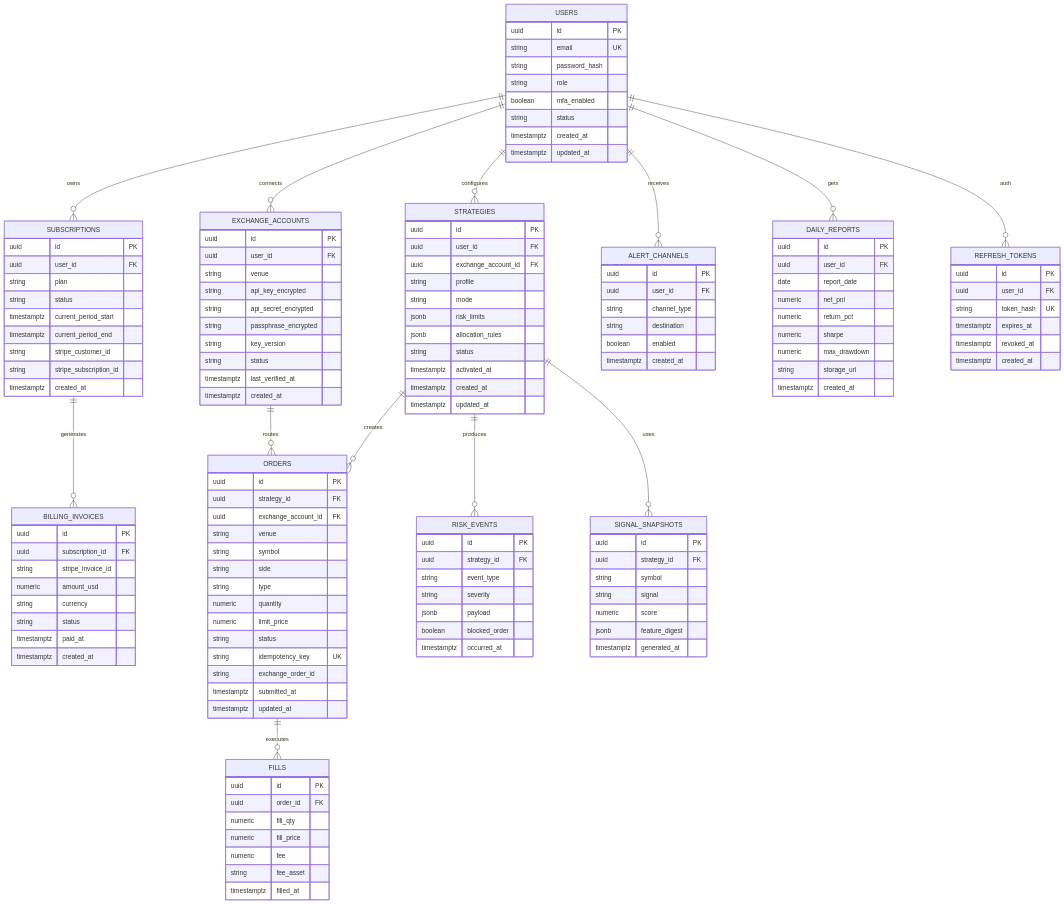
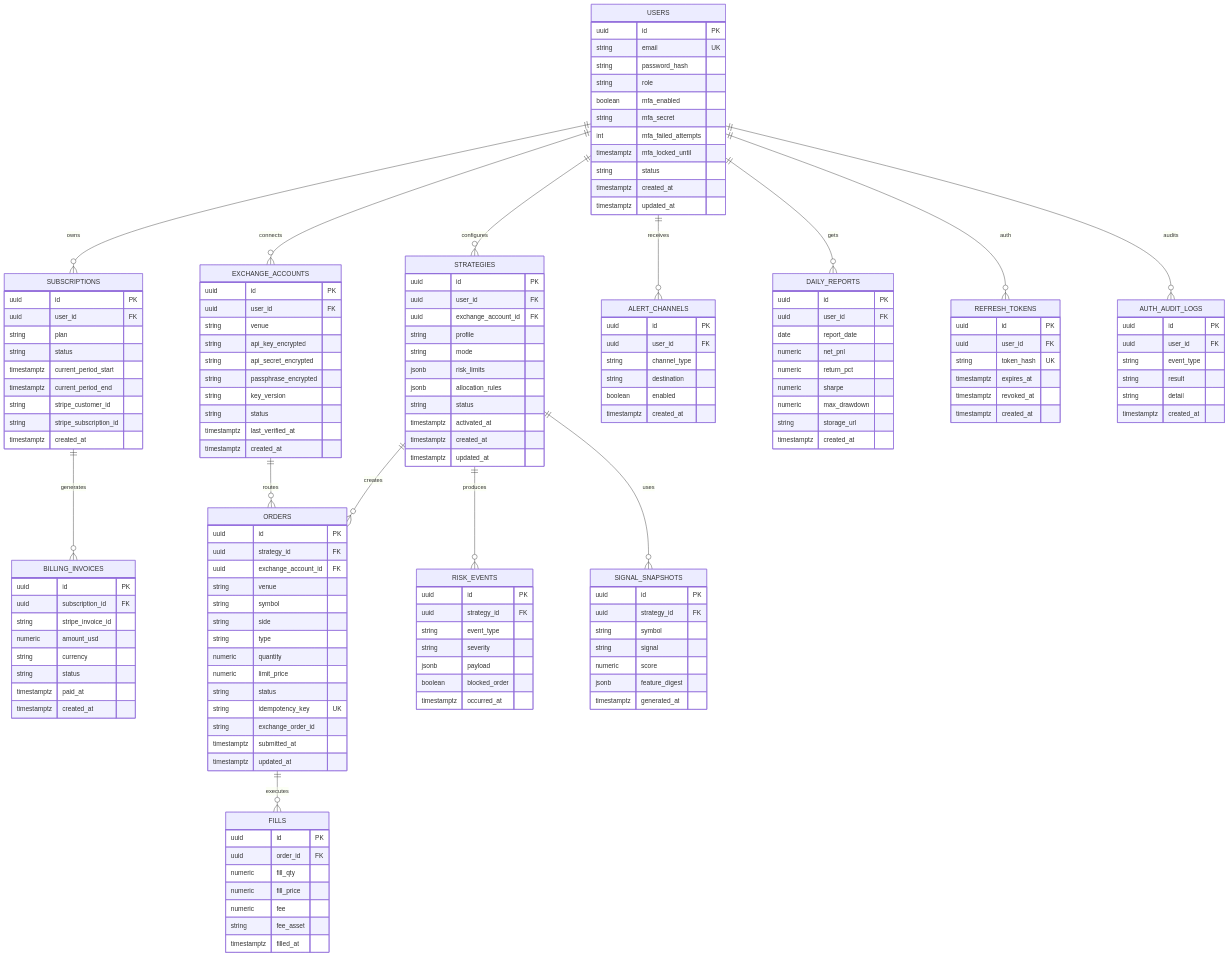
One commit to ChaeHyeonU/auto-investing-system-crypto changed the diagram in docs/ERD.md. Above: the diagram before and after it, drawn with Mermaid. The commit also changed 8 other files, not shown here.

Commit message:
Add TOTP MFA verification with failure lock and audit logs

````diff
--- a/docs/ERD.md
+++ b/docs/ERD.md
@@ -11,6 +11,7 @@
   USERS ||--o{ ALERT_CHANNELS : "receives"
   USERS ||--o{ DAILY_REPORTS : "gets"
   USERS ||--o{ REFRESH_TOKENS : "auth"
+  USERS ||--o{ AUTH_AUDIT_LOGS : "audits"
 
   SUBSCRIPTIONS ||--o{ BILLING_INVOICES : "generates"
   EXCHANGE_ACCOUNTS ||--o{ ORDERS : "routes"
@@ -25,6 +26,9 @@
     string password_hash
     string role
     boolean mfa_enabled
+    string mfa_secret
+    int mfa_failed_attempts
+    timestamptz mfa_locked_until
     string status
     timestamptz created_at
     timestamptz updated_at
@@ -156,4 +160,13 @@
     timestamptz revoked_at
     timestamptz created_at
   }
+
+  AUTH_AUDIT_LOGS {
+    uuid id PK
+    uuid user_id FK
+    string event_type
+    string result
+    string detail
+    timestamptz created_at
+  }
 ```
````
